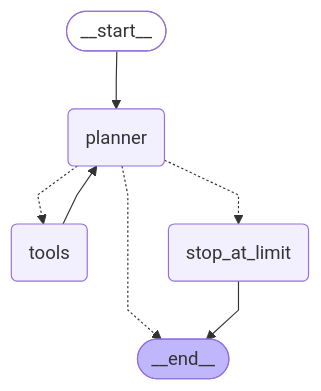
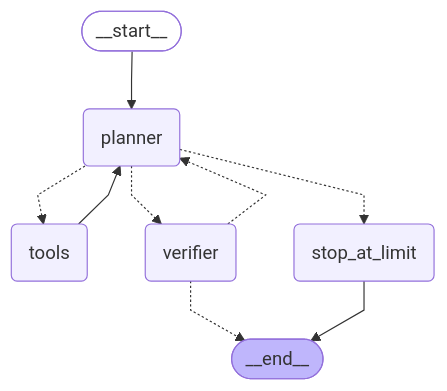
The diagram in docs/agent-graph.md (Ro5f6/FinAI_Agent), drawn with Mermaid before and after one commit. The commit also changed other lines of this file and 6 other files, not shown here.

````diff
--- a/docs/agent-graph.md
+++ b/docs/agent-graph.md
@@ -7,22 +7,25 @@
 ```mermaid
 ---
 config:
   flowchart:
     curve: linear
 ---
 graph TD;
 	__start__([<p>__start__</p>]):::first
 	planner(planner)
 	tools(tools)
 	stop_at_limit(stop_at_limit)
+	verifier(verifier)
 	__end__([<p>__end__</p>]):::last
 	__start__ --> planner;
-	planner -.-> __end__;
 	planner -.-> stop_at_limit;
 	planner -.-> tools;
+	planner -.-> verifier;
 	tools --> planner;
+	verifier -.-> __end__;
+	verifier -.-> planner;
 	stop_at_limit --> __end__;
 	classDef default fill:#f2f0ff,line-height:1.2
 	classDef first fill-opacity:0
 	classDef last fill:#bfb6fc
 ```
````
